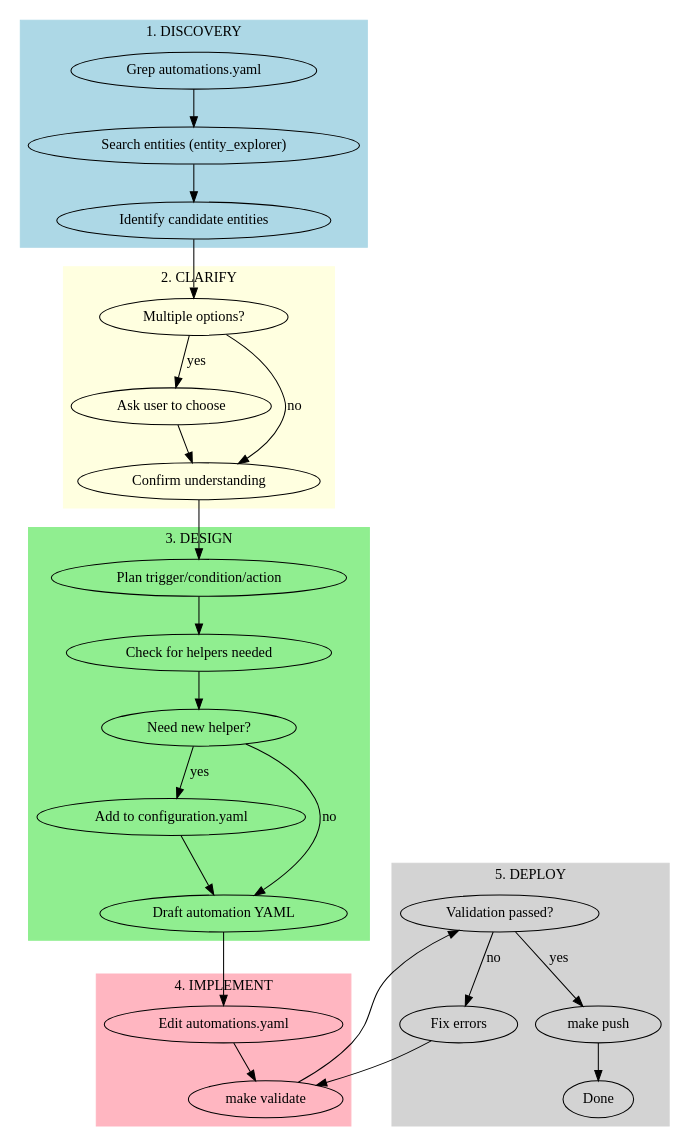
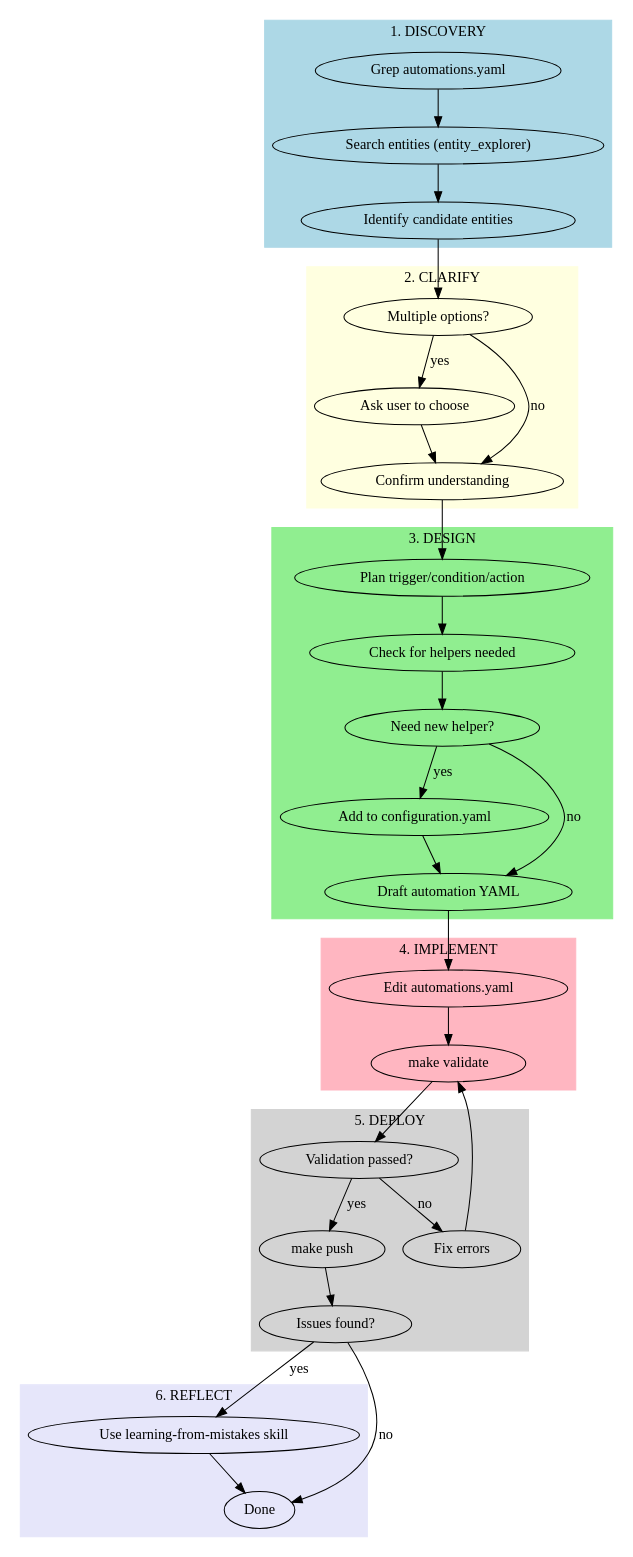
The diagram in .claude-code/plugins/home-assistant/skills/home-assistant-automation/SKILL.md (stephenwong/ai-homeassistant), drawn with Graphviz before and after one commit. The commit also changed other lines of this file and 3 other files, not shown here.

````diff
--- a/.claude-code/plugins/home-assistant/skills/home-assistant-automation/SKILL.md
+++ b/.claude-code/plugins/home-assistant/skills/home-assistant-automation/SKILL.md
@@ -39,54 +36,63 @@
 ```dot
 digraph automation_flow {
     rankdir=TB;
 
     subgraph cluster_discovery {
         label="1. DISCOVERY";
         style=filled;
         color=lightblue;
         "Grep automations.yaml" -> "Search entities (entity_explorer)";
         "Search entities (entity_explorer)" -> "Identify candidate entities";
     }
 
     subgraph cluster_clarify {
         label="2. CLARIFY";
         style=filled;
         color=lightyellow;
         "Identify candidate entities" -> "Multiple options?";
         "Multiple options?" -> "Ask user to choose" [label="yes"];
         "Multiple options?" -> "Confirm understanding" [label="no"];
         "Ask user to choose" -> "Confirm understanding";
     }
 
     subgraph cluster_design {
         label="3. DESIGN";
         style=filled;
         color=lightgreen;
         "Confirm understanding" -> "Plan trigger/condition/action";
         "Plan trigger/condition/action" -> "Check for helpers needed";
         "Check for helpers needed" -> "Need new helper?" [shape=diamond];
         "Need new helper?" -> "Add to configuration.yaml" [label="yes"];
         "Need new helper?" -> "Draft automation YAML" [label="no"];
         "Add to configuration.yaml" -> "Draft automation YAML";
     }
 
     subgraph cluster_implement {
         label="4. IMPLEMENT";
         style=filled;
         color=lightpink;
         "Draft automation YAML" -> "Edit automations.yaml";
         "Edit automations.yaml" -> "make validate";
     }
 
     subgraph cluster_deploy {
         label="5. DEPLOY";
         style=filled;
         color=lightgray;
         "make validate" -> "Validation passed?";
         "Validation passed?" -> "make push" [label="yes"];
         "Validation passed?" -> "Fix errors" [label="no"];
         "Fix errors" -> "make validate";
-        "make push" -> "Done";
+        "make push" -> "Issues found?";
+    }
+
+    subgraph cluster_reflect {
+        label="6. REFLECT";
+        style=filled;
+        color=lavender;
+        "Issues found?" -> "Use learning-from-mistakes skill" [label="yes"];
+        "Issues found?" -> "Done" [label="no"];
+        "Use learning-from-mistakes skill" -> "Done";
     }
 }
 ```
````
